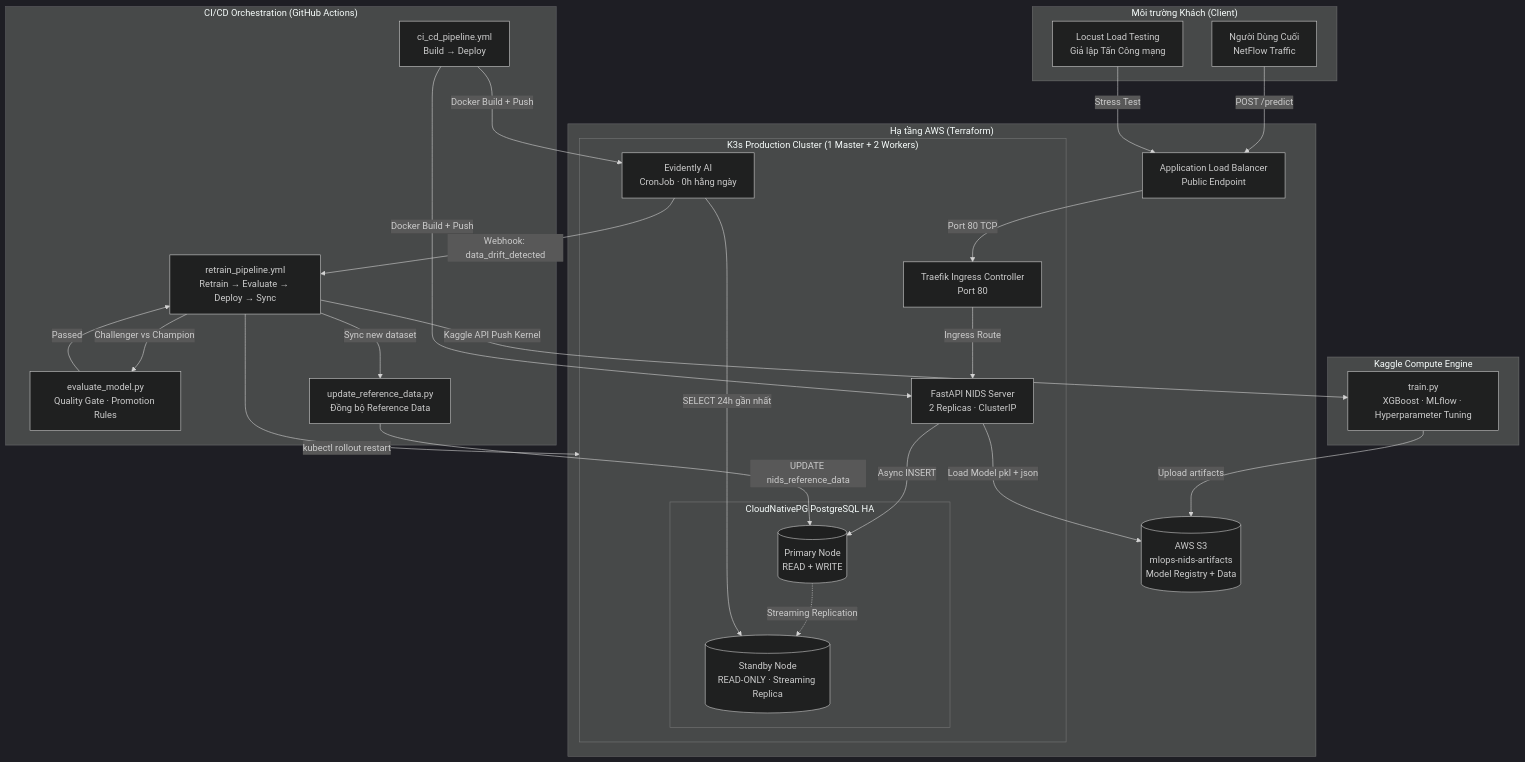
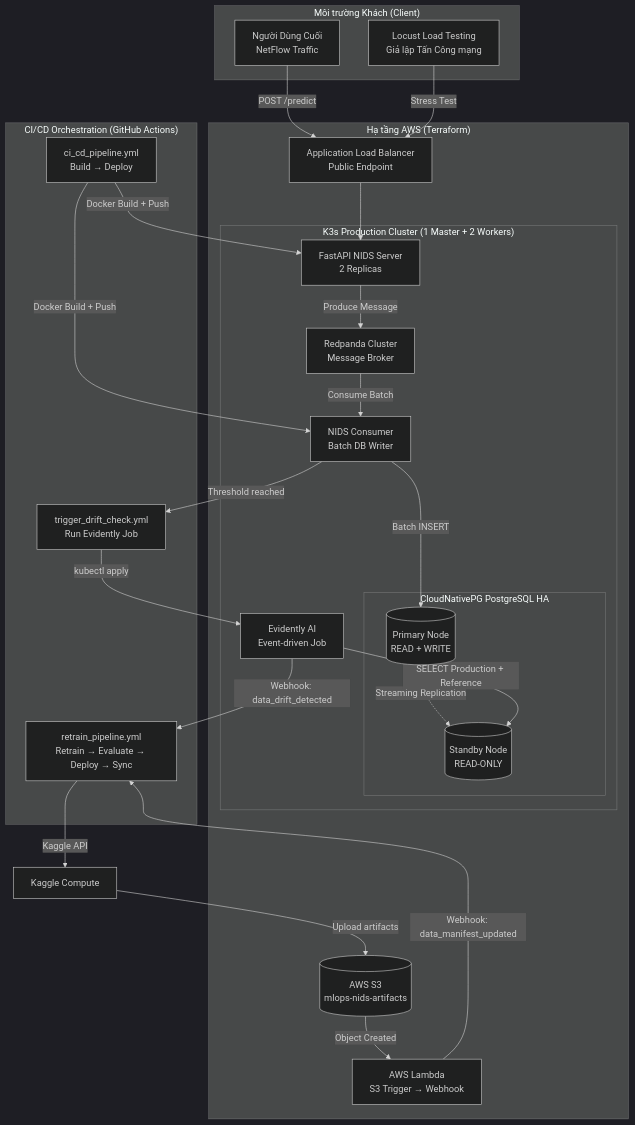
The first of 7 diagrams in ARCHITECTURE.md (Viet-Hoang-2005/AdaptML), drawn with Mermaid (dark theme) before and after one commit. The commit also changed other lines of this file and 3 other files, not shown here.

Commit message:
docs: Update documents  for the system Architecture.

````diff
--- a/ARCHITECTURE.md
+++ b/ARCHITECTURE.md
@@ -11,55 +11,57 @@
 ```mermaid
 flowchart TB
     subgraph CLIENT["Môi trường Khách (Client)"]
         USER[Người Dùng Cuối<br/>NetFlow Traffic]
         LOCUST[Locust Load Testing<br/>Giả lập Tấn Công mạng]
     end
 
     subgraph AWS_INFRA["Hạ tầng AWS (Terraform)"]
         ALB[Application Load Balancer<br/>Public Endpoint]
 
         subgraph K3S["K3s Production Cluster (1 Master + 2 Workers)"]
-            API[FastAPI NIDS Server<br/>2 Replicas · ClusterIP]
-            TRAEFIK[Traefik Ingress Controller<br/>Port 80]
+            API[FastAPI NIDS Server<br/>2 Replicas]
+            REDPANDA[Redpanda Cluster<br/>Message Broker]
+            CONSUMER[NIDS Consumer<br/>Batch DB Writer]
+            
             subgraph CNPG["CloudNativePG PostgreSQL HA"]
                 PG_PRIMARY[(Primary Node<br/>READ + WRITE)]
-                PG_STANDBY[(Standby Node<br/>READ-ONLY · Streaming Replica)]
+                PG_STANDBY[(Standby Node<br/>READ-ONLY)]
             end
-            EVIDENTLY[Evidently AI<br/>CronJob · 0h hằng ngày]
+            
+            EVIDENTLY[Evidently AI<br/>Event-driven Job]
         end
 
-        S3[(AWS S3<br/>mlops-nids-artifacts<br/>Model Registry + Data)]
+        S3[(AWS S3<br/>mlops-nids-artifacts)]
+        LAMBDA[AWS Lambda<br/>S3 Trigger → Webhook]
     end
 
     subgraph CICD["CI/CD Orchestration (GitHub Actions)"]
         GH_CICD[ci_cd_pipeline.yml<br/>Build → Deploy]
         GH_RETRAIN[retrain_pipeline.yml<br/>Retrain → Evaluate → Deploy → Sync]
-        EVAL[evaluate_model.py<br/>Quality Gate · Promotion Rules]
-        SYNC[update_reference_data.py<br/>Đồng bộ Reference Data]
-    end
-
-    subgraph KAGGLE["Kaggle Compute Engine"]
-        TRAIN[train.py<br/>XGBoost · MLflow · Hyperparameter Tuning]
+        GH_DRIFT[trigger_drift_check.yml<br/>Run Evidently Job]
     end
 
     USER -->|POST /predict| ALB
     LOCUST -->|Stress Test| ALB
-    ALB -->|Port 80 TCP| TRAEFIK
-    TRAEFIK -->|Ingress Route| API
-    API -->|Async INSERT| PG_PRIMARY
+    ALB --> API
+    
+    API -->|Produce Message| REDPANDA
+    REDPANDA -->|Consume Batch| CONSUMER
+    CONSUMER -->|Batch INSERT| PG_PRIMARY
+    CONSUMER -->|Threshold reached| GH_DRIFT
+    
     PG_PRIMARY -.->|Streaming Replication| PG_STANDBY
-    EVIDENTLY -->|SELECT 24h gần nhất| PG_STANDBY
-    API -->|Load Model pkl + json| S3
-
+    EVIDENTLY -->|SELECT Production + Reference| PG_STANDBY
+    
+    GH_DRIFT -->|kubectl apply| EVIDENTLY
     EVIDENTLY -->|Webhook: data_drift_detected| GH_RETRAIN
-    GH_RETRAIN -->|Kaggle API Push Kernel| TRAIN
+    
+    S3 -->|Object Created| LAMBDA
+    LAMBDA -->|Webhook: data_manifest_updated| GH_RETRAIN
+    
+    GH_RETRAIN -->|Kaggle API| TRAIN[Kaggle Compute]
     TRAIN -->|Upload artifacts| S3
-    GH_RETRAIN -->|Challenger vs Champion| EVAL
-    EVAL -->|Passed| GH_RETRAIN
-    GH_RETRAIN -->|kubectl rollout restart| K3S
-    GH_RETRAIN -->|Sync new dataset| SYNC
-    SYNC -->|UPDATE nids_reference_data| PG_PRIMARY
-
+    
     GH_CICD -->|Docker Build + Push| API
-    GH_CICD -->|Docker Build + Push| EVIDENTLY
+    GH_CICD -->|Docker Build + Push| CONSUMER
 ```
````
